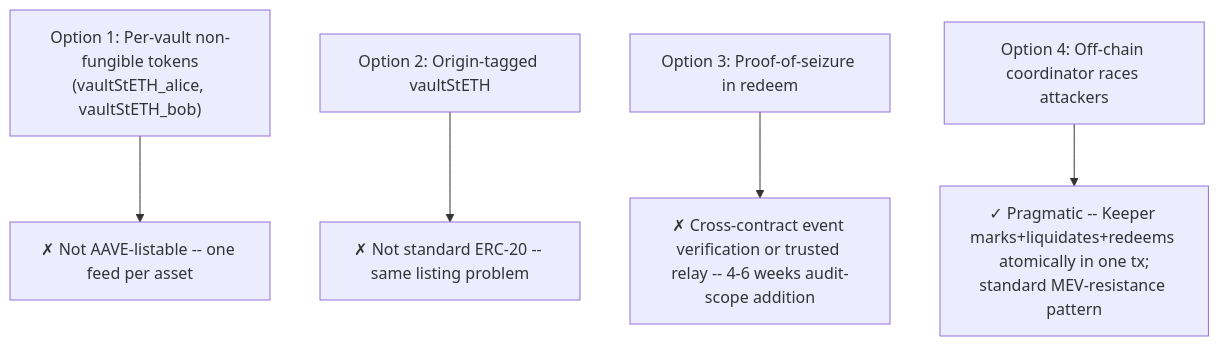
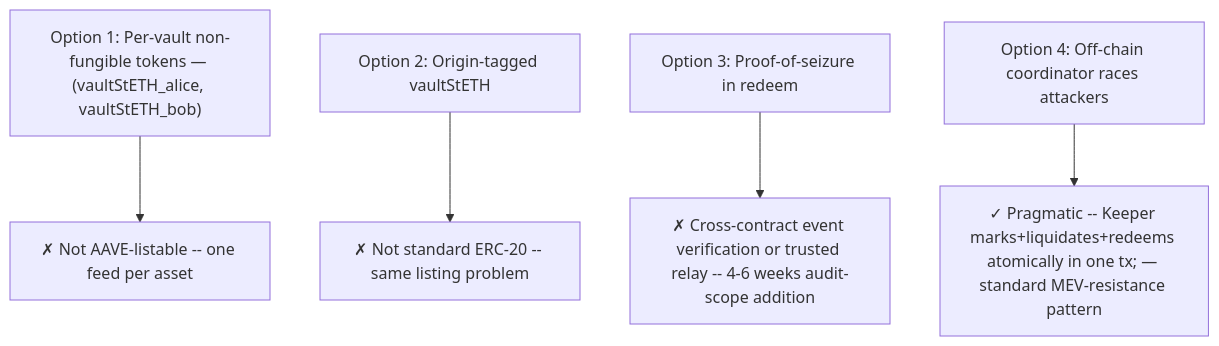
Before and after one commit to sanbir/vault-steth-adapter: the fourth of 6 diagrams in docs/Liquidation-guarantees.md, drawn with Mermaid. The commit also changed other lines of this file and 1 other file, not shown here.

First line of the commit message:
docs: fix Mermaid <br/> rendering errors in Architecture.md and Liquidation-guarantees.md

````diff
--- a/docs/Liquidation-guarantees.md
+++ b/docs/Liquidation-guarantees.md
@@ -146,14 +146,14 @@
 ```mermaid
 flowchart TB
-    Option1["Option 1: Per-vault non-fungible tokens<br/>(vaultStETH_alice, vaultStETH_bob)"]
+    Option1["Option 1: Per-vault non-fungible tokens — (vaultStETH_alice, vaultStETH_bob)"]
     Option1 --> Cost1["✗ Not AAVE-listable -- one feed per asset"]
 
     Option2["Option 2: Origin-tagged vaultStETH"]
     Option2 --> Cost2["✗ Not standard ERC-20 -- same listing problem"]
 
     Option3["Option 3: Proof-of-seizure in redeem"]
     Option3 --> Cost3["✗ Cross-contract event verification or trusted relay -- 4-6 weeks audit-scope addition"]
 
     Option4["Option 4: Off-chain coordinator races attackers"]
-    Option4 --> Cost4["✓ Pragmatic -- Keeper marks+liquidates+redeems atomically in one tx;<br/>standard MEV-resistance pattern"]
+    Option4 --> Cost4["✓ Pragmatic -- Keeper marks+liquidates+redeems atomically in one tx; — standard MEV-resistance pattern"]
 ```
````
